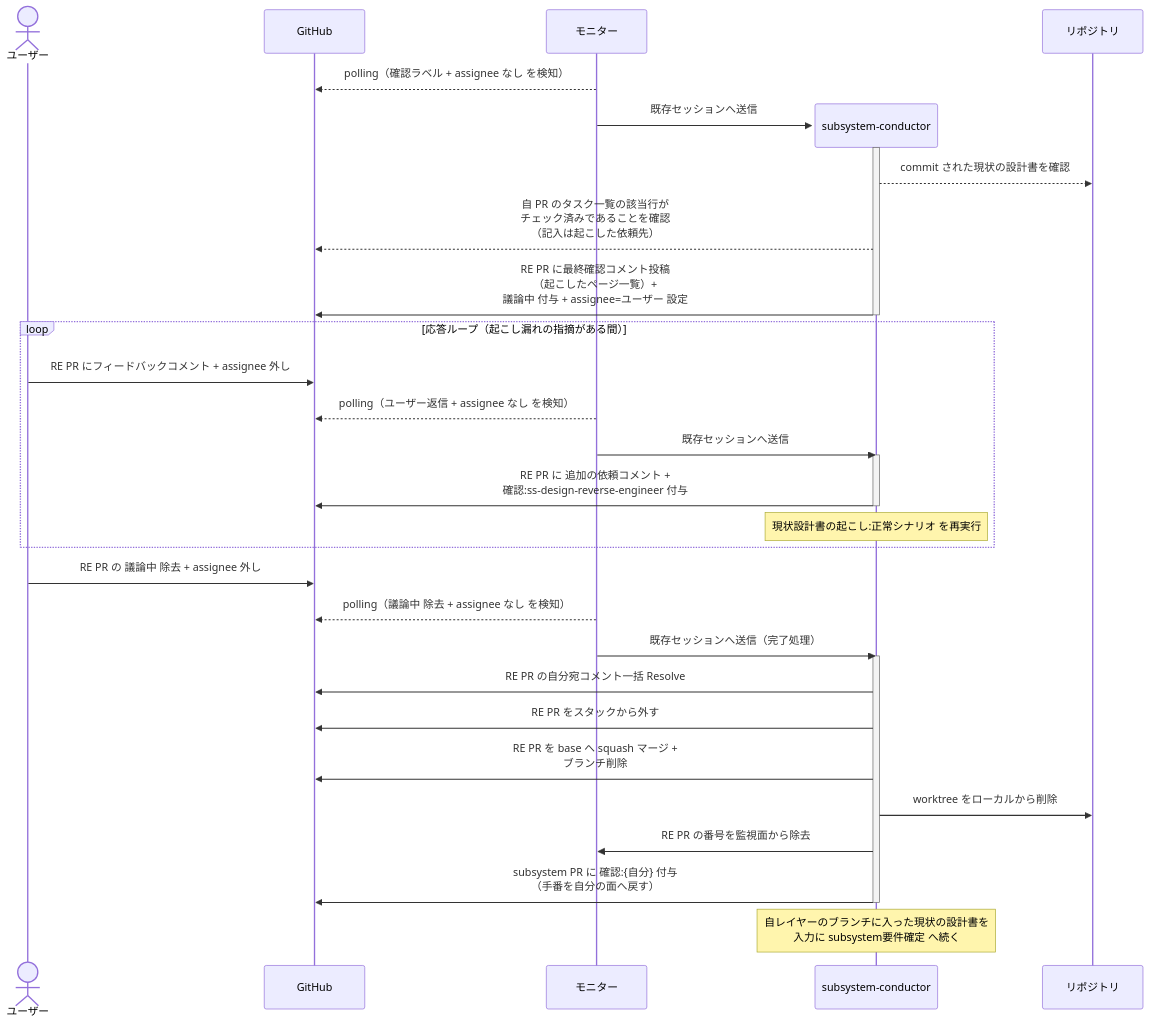
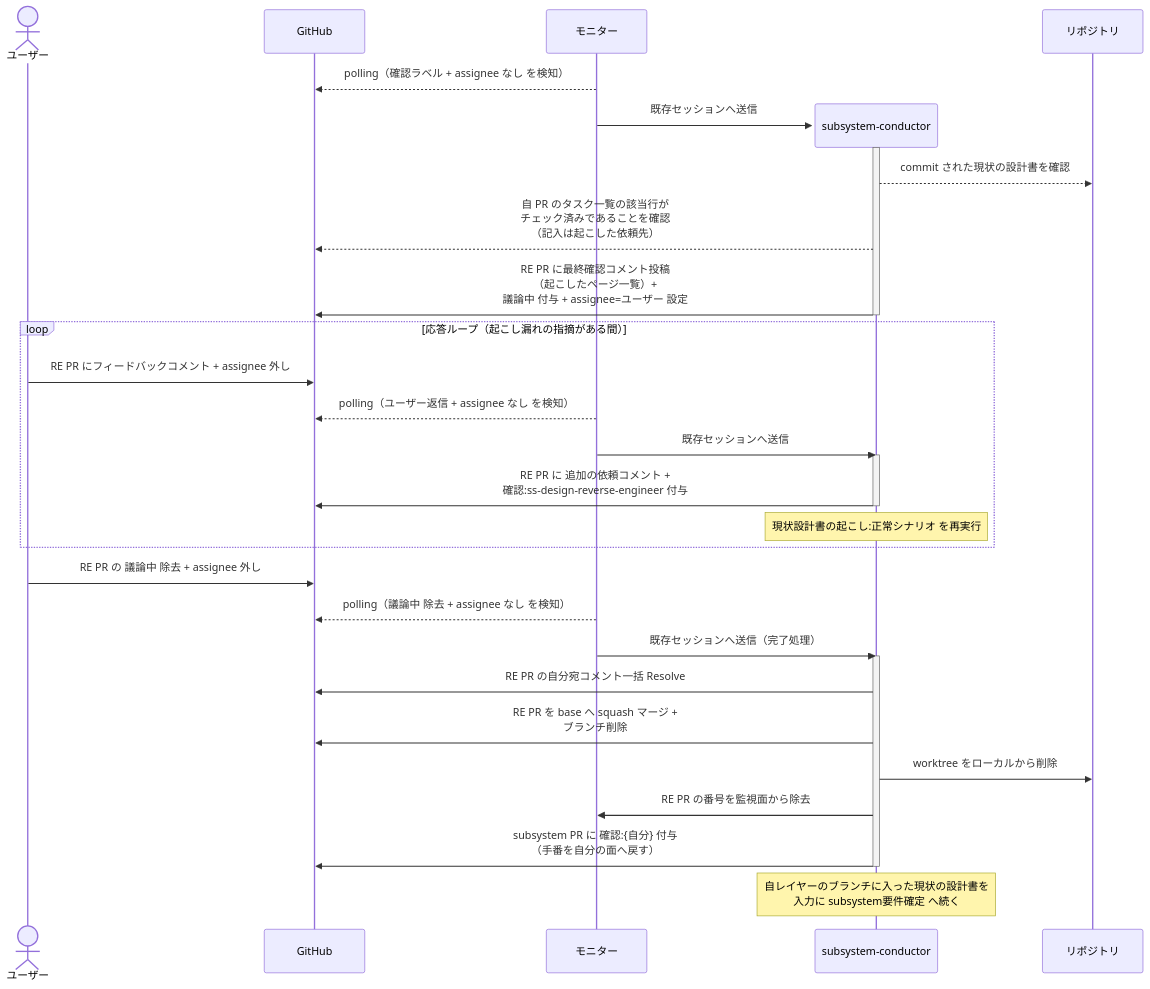
Before and after one commit to shuhei1101/ai-monitor: the second of 3 diagrams in docs/wiki/設計図/シナリオ/単一ユースケース/リバースエンジニアリング起動.md, drawn with Mermaid. The commit also changed other lines of this file and 108 other files, not shown here.

````diff
--- a/docs/wiki/設計図/シナリオ/単一ユースケース/リバースエンジニアリング起動.md
+++ b/docs/wiki/設計図/シナリオ/単一ユースケース/リバースエンジニアリング起動.md
@@ -77,39 +77,38 @@
 ```mermaid
 sequenceDiagram
   actor U as ユーザー
   participant GH as GitHub
   participant ORC as モニター
 
   ORC-->>GH: polling（確認ラベル + assignee なし を検知）
   create participant MON as subsystem-conductor
   ORC->>MON: 既存セッションへ送信
   activate MON
   participant REPO as リポジトリ
   MON-->>REPO: commit された現状の設計書を確認
   MON-->>GH: 自 PR のタスク一覧の該当行が<br>チェック済みであることを確認<br>（記入は起こした依頼先）
   MON->>GH: RE PR に最終確認コメント投稿<br>（起こしたページ一覧）+<br>議論中 付与 + assignee=ユーザー 設定
   deactivate MON
 
   loop 応答ループ（起こし漏れの指摘がある間）
     U->>GH: RE PR にフィードバックコメント + assignee 外し
     ORC-->>GH: polling（ユーザー返信 + assignee なし を検知）
     ORC->>MON: 既存セッションへ送信
     activate MON
     MON->>GH: RE PR に 追加の依頼コメント +<br>確認:ss-design-reverse-engineer 付与
     deactivate MON
     Note over MON: 現状設計書の起こし:正常シナリオ を再実行
   end
 
   U->>GH: RE PR の 議論中 除去 + assignee 外し
   ORC-->>GH: polling（議論中 除去 + assignee なし を検知）
   ORC->>MON: 既存セッションへ送信（完了処理）
   activate MON
   MON->>GH: RE PR の自分宛コメント一括 Resolve
-  MON->>GH: RE PR をスタックから外す
   MON->>GH: RE PR を base へ squash マージ +<br>ブランチ削除
   MON->>REPO: worktree をローカルから削除
   MON->>ORC: RE PR の番号を監視面から除去
   MON->>GH: subsystem PR に 確認:{自分} 付与<br>（手番を自分の面へ戻す）
   deactivate MON
   Note over MON: 自レイヤーのブランチに入った現状の設計書を<br>入力に subsystem要件確定 へ続く
 ```
````
